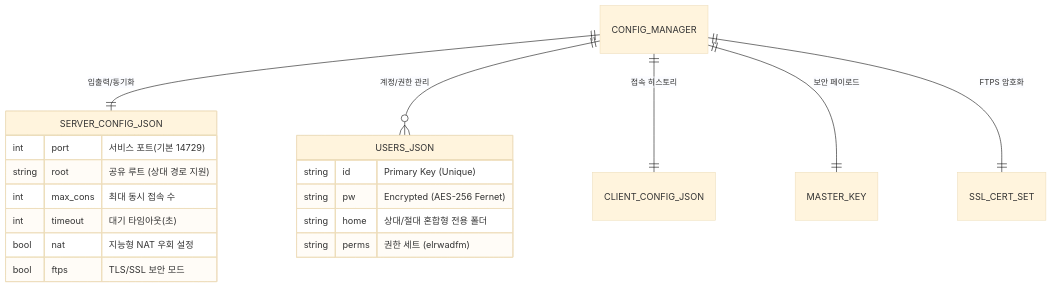
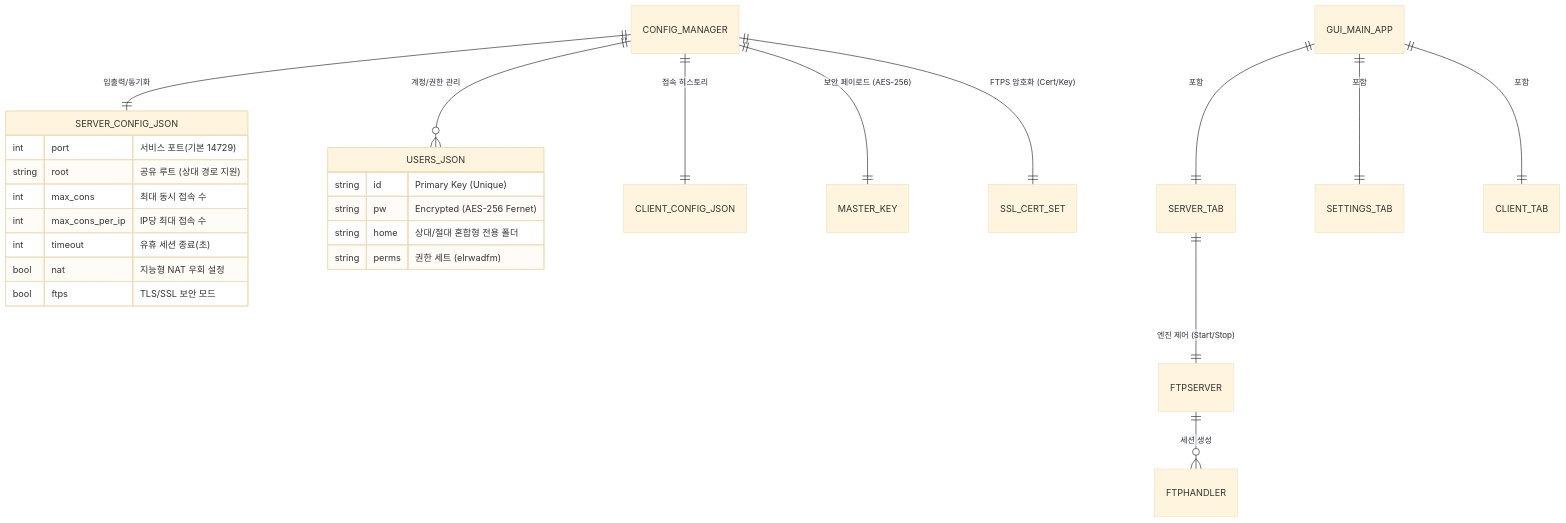
Before and after one commit to hslcrb/simftp: the diagram in README.md, drawn with Mermaid (base theme). The commit also changed other lines of this file, not shown here.

Commit message:
Docs: Update README with comprehensive ERD and remove all emojis

````diff
--- a/README.md
+++ b/README.md
@@ -12,24 +12,32 @@
 ```mermaid
 erDiagram
     CONFIG_MANAGER ||--|| SERVER_CONFIG_JSON : "입출력/동기화"
     CONFIG_MANAGER ||--o{ USERS_JSON : "계정/권한 관리"
     CONFIG_MANAGER ||--|| CLIENT_CONFIG_JSON : "접속 히스토리"
-    CONFIG_MANAGER ||--|| MASTER_KEY : "보안 페이로드"
-    CONFIG_MANAGER ||--|| SSL_CERT_SET : "FTPS 암호화"
+    CONFIG_MANAGER ||--|| MASTER_KEY : "보안 페이로드 (AES-256)"
+    CONFIG_MANAGER ||--|| SSL_CERT_SET : "FTPS 암호화 (Cert/Key)"
+
+    GUI_MAIN_APP ||--|| SERVER_TAB : "포함"
+    GUI_MAIN_APP ||--|| SETTINGS_TAB : "포함"
+    GUI_MAIN_APP ||--|| CLIENT_TAB : "포함"
+
+    SERVER_TAB ||--|| FTPSERVER : "엔진 제어 (Start/Stop)"
+    FTPSERVER ||--o{ FTPHANDLER : "세션 생성"
 
     SERVER_CONFIG_JSON {
         int port "서비스 포트(기본 14729)"
         string root "공유 루트 (상대 경로 지원)"
         int max_cons "최대 동시 접속 수"
-        int timeout "대기 타임아웃(초)"
+        int max_cons_per_ip "IP당 최대 접속 수"
+        int timeout "유휴 세션 종료(초)"
         bool nat "지능형 NAT 우회 설정"
         bool ftps "TLS/SSL 보안 모드"
     }
 
     USERS_JSON {
         string id "Primary Key (Unique)"
         string pw "Encrypted (AES-256 Fernet)"
         string home "상대/절대 혼합형 전용 폴더"
         string perms "권한 세트 (elrwadfm)"
     }
 ```
````
